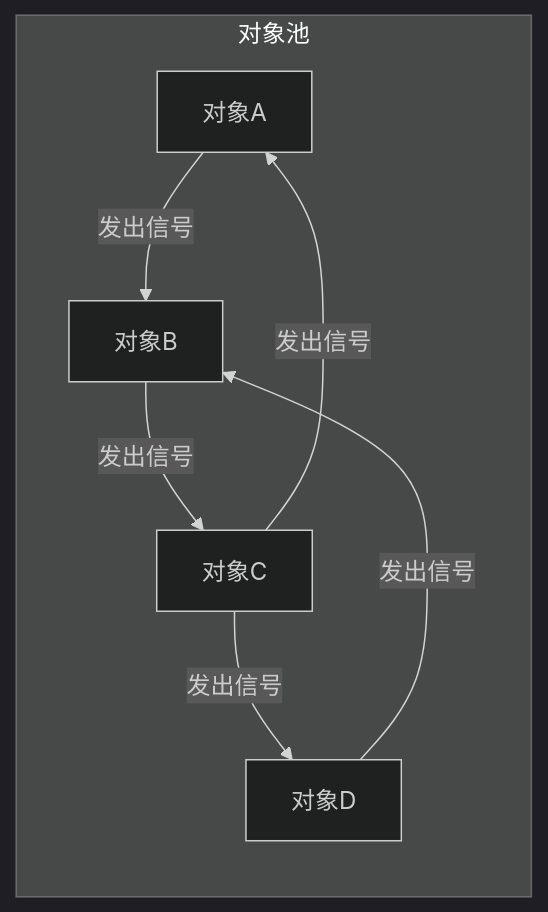
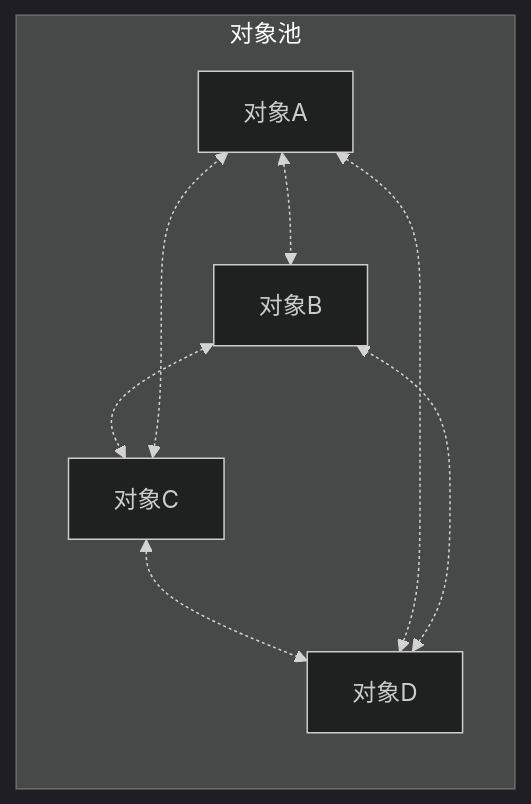
Before and after one commit to Nitrosaccharose/qt-learning-guide: the seventh of 7 diagrams in Qt指南.md, drawn with Mermaid (dark theme). The commit also changed other lines of this file and 1 other file, not shown here.

````diff
--- a/Qt指南.md
+++ b/Qt指南.md
@@ -135,10 +242,12 @@
 ```mermaid
 flowchart LR
 subgraph dx[对象池]
-dxA[对象A] --> |发出信号| dxB[对象B]
-dxB[对象B] --> |发出信号| dxC[对象C]
-dxC[对象C] --> |发出信号| dxD[对象D]
-dxD[对象D] --> |发出信号| dxB[对象B]
-dxC[对象C] --> |发出信号| dxA[对象A]
+dxA[对象A] <-.-> dxB[对象B]
+dxB[对象B] <-.-> dxC[对象C]
+dxC[对象C] <-.-> dxD[对象D]
+dxD[对象D] <-.-> dxB[对象B]
+dxC[对象C] <-.-> dxA[对象A]
+dxA[对象A] <-.-> dxD[对象D]
+
 end
 ```
````
